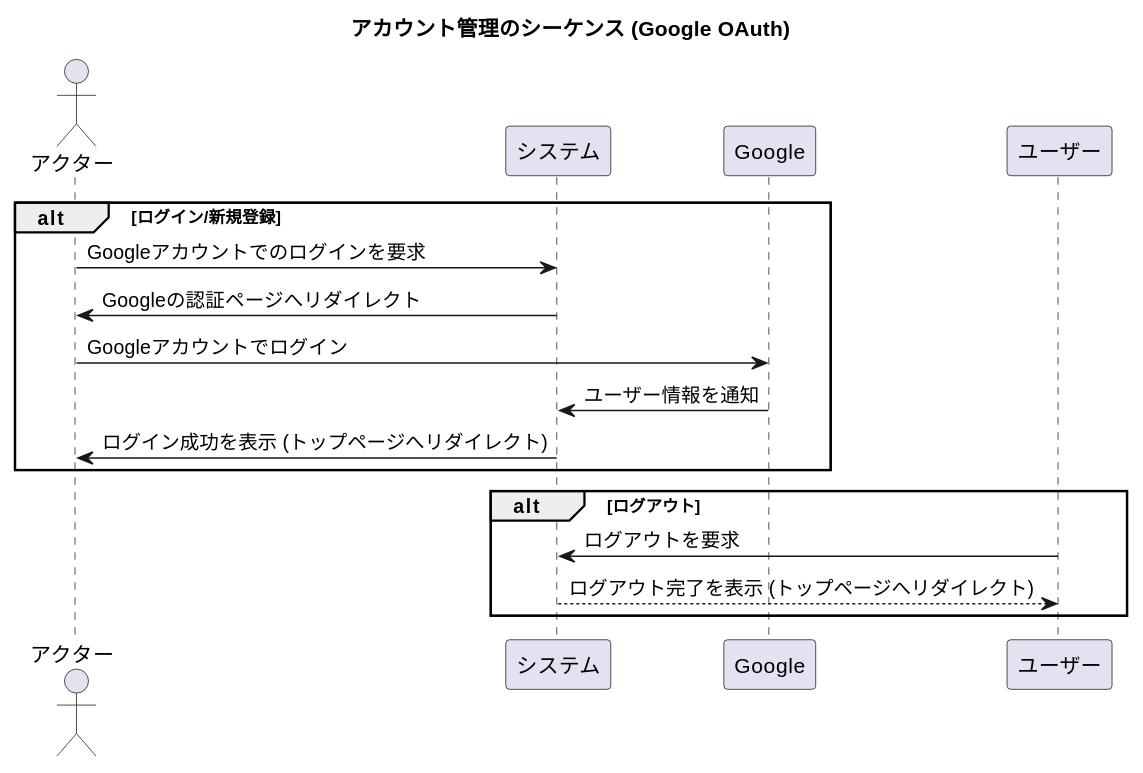
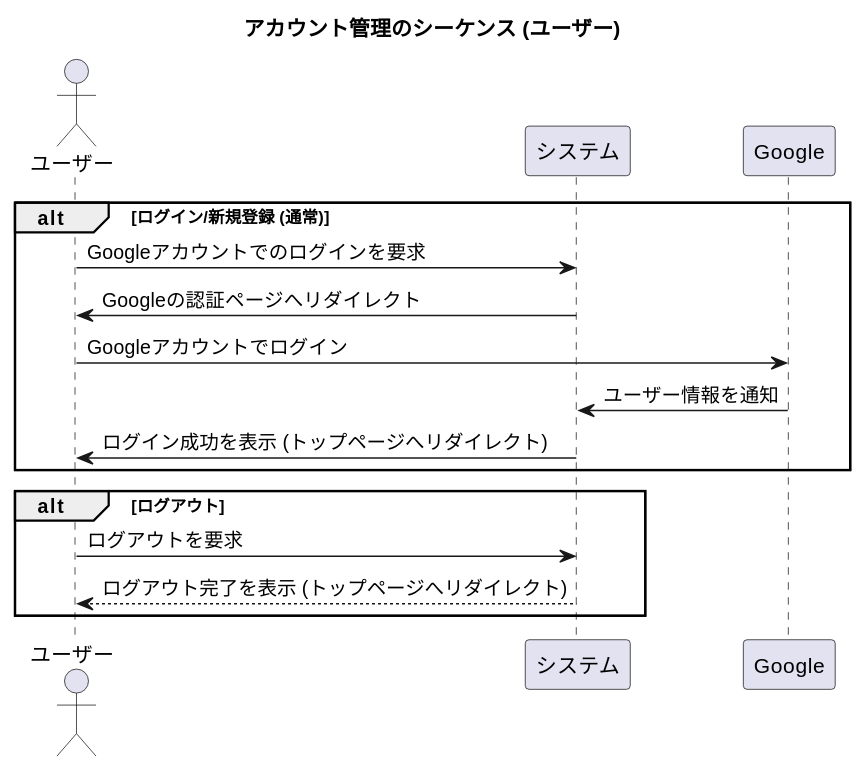
The third of 6 diagrams in doc/1.SPEC.md (prankster-freedom/ToyBox), drawn with PlantUML before and after one commit. The commit also changed other lines of this file and 1 other file, not shown here.

````diff
--- a/doc/1.SPEC.md
+++ b/doc/1.SPEC.md
@@ -120,22 +128,22 @@
 ```plantuml
 @startuml
-title アカウント管理のシーケンス (Google OAuth)
+title アカウント管理のシーケンス (ユーザー)
 
-actor アクター
+actor ユーザー
 participant "システム" as System
 participant "Google" as Google
 
-alt ログイン/新規登録
-    アクター -> System: Googleアカウントでのログインを要求
-    System -> アクター: Googleの認証ページへリダイレクト
-    アクター -> Google: Googleアカウントでログイン
+alt ログイン/新規登録 (通常)
+    ユーザー -> System: Googleアカウントでのログインを要求
+    System -> ユーザー: Googleの認証ページへリダイレクト
+    ユーザー -> Google: Googleアカウントでログイン
     Google -> System: ユーザー情報を通知
-    System -> アクター: ログイン成功を表示 (トップページへリダイレクト)
+    System -> ユーザー: ログイン成功を表示 (トップページへリダイレクト)
 end
 
 alt ログアウト
     ユーザー -> System: ログアウトを要求
     System --> ユーザー: ログアウト完了を表示 (トップページへリダイレクト)
 end
 @enduml
 ```
````
